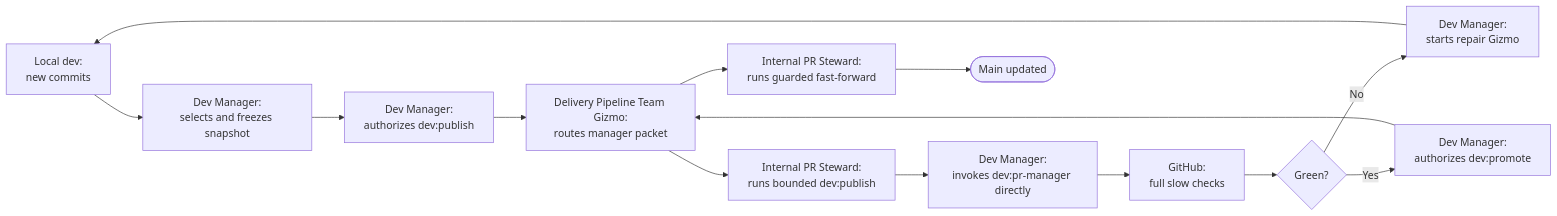
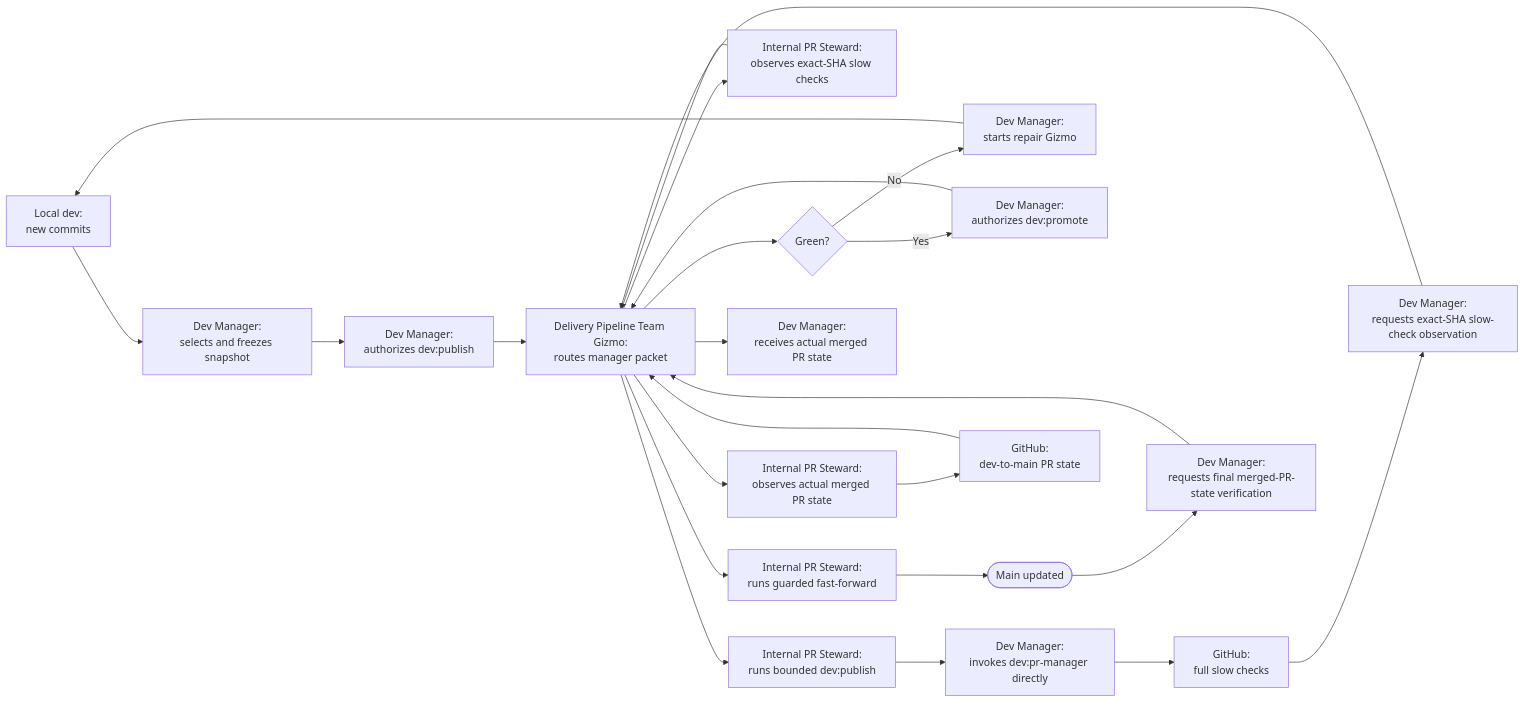
Before and after one commit to meta-secret/nook: diagram 11 of 12 in .cortex/gizmo/architecture/multiagent-delivery-diagrams.md, drawn with Mermaid. The commit also changed other lines of this file, not shown here.

````diff
--- a/.cortex/gizmo/architecture/multiagent-delivery-diagrams.md
+++ b/.cortex/gizmo/architecture/multiagent-delivery-diagrams.md
@@ -410,19 +412,26 @@
 ```mermaid
 flowchart LR
     Dev["Local dev:<br/>new commits"]
     Select["Dev Manager:<br/>selects and freezes snapshot"]
     Publish["Dev Manager:<br/>authorizes dev:publish"]
     Pipeline["Delivery Pipeline Team Gizmo:<br/>routes manager packet"]
     PublishTask["Internal PR Steward:<br/>runs bounded dev:publish"]
     PR["Dev Manager:<br/>invokes dev:pr-manager directly"]
     Checks["GitHub:<br/>full slow checks"]
+    SlowRequest["Dev Manager:<br/>requests exact-SHA slow-check observation"]
+    SlowObserve["Internal PR Steward:<br/>observes exact-SHA slow checks"]
     Green{"Green?"}
     Fix["Dev Manager:<br/>starts repair Gizmo"]
     Promote["Dev Manager:<br/>authorizes dev:promote"]
     PromoteTask["Internal PR Steward:<br/>runs guarded fast-forward"]
     Main([Main updated])
+    VerifyRequest["Dev Manager:<br/>requests final merged-PR-state verification"]
+    VerifyObserve["Internal PR Steward:<br/>observes actual merged PR state"]
+    PRState["GitHub:<br/>dev-to-main PR state"]
+    Verified["Dev Manager:<br/>receives actual merged PR state"]
 
-    Dev --> Select --> Publish --> Pipeline --> PublishTask --> PR --> Checks --> Green
+    Dev --> Select --> Publish --> Pipeline --> PublishTask --> PR --> Checks
+    Checks --> SlowRequest --> Pipeline --> SlowObserve --> Pipeline --> Green
     Green -- No --> Fix --> Dev
-    Green -- Yes --> Promote --> Pipeline --> PromoteTask --> Main
+    Green -- Yes --> Promote --> Pipeline --> PromoteTask --> Main --> VerifyRequest --> Pipeline --> VerifyObserve --> PRState --> Pipeline --> Verified
 ```
````
